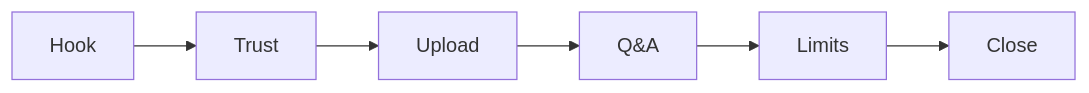
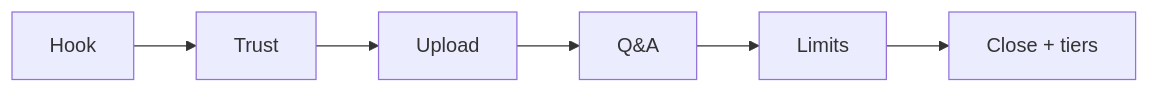
Before and after one commit to RoxanaTapia/ai-doc-to-chat-pipeline: the diagram in docs/product/demo-script.md, drawn with Mermaid. The commit also changed other lines of this file and 4 other files, not shown here.

````diff
--- a/docs/product/demo-script.md
+++ b/docs/product/demo-script.md
@@ -30,8 +32,8 @@
 ```mermaid
 flowchart LR
   H[Hook] --> T[Trust]
   T --> U[Upload]
   U --> Q[Q&A]
   Q --> L[Limits]
-  L --> C[Close]
+  L --> C[Close + tiers]
 ```
````
